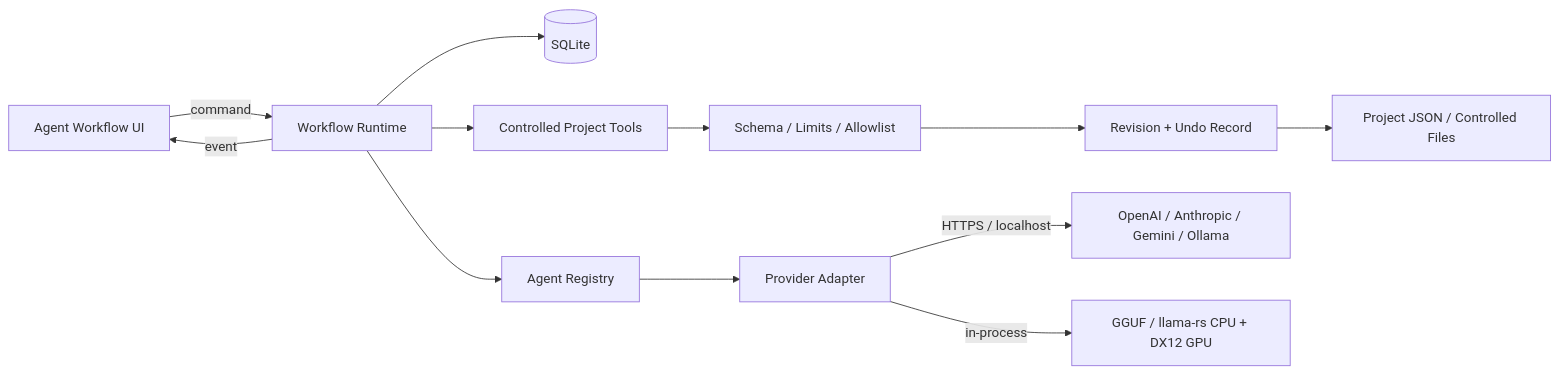
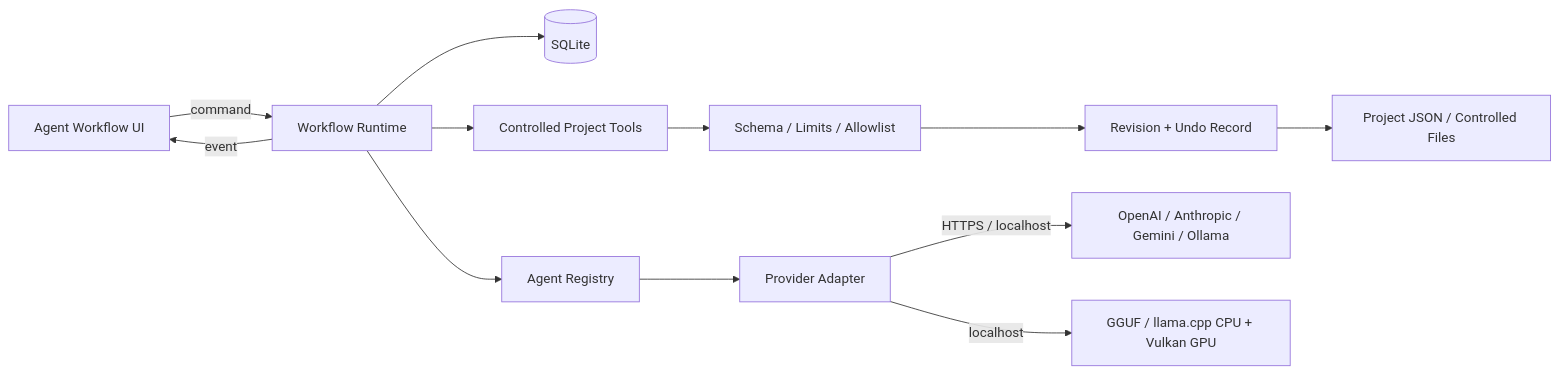
Before and after one commit to hadesgo/KnowMotion-AI-Studio: the first of 2 diagrams in docs/AGENT_WORKFLOW.md, drawn with Mermaid. The commit also changed other lines of this file and 17 other files, not shown here.

````diff
--- a/docs/AGENT_WORKFLOW.md
+++ b/docs/AGENT_WORKFLOW.md
@@ -7,14 +7,14 @@
 ```mermaid
 flowchart LR
     UI[Agent Workflow UI] -->|"command"| Runtime[Workflow Runtime]
     Runtime --> DB[(SQLite)]
     Runtime --> Registry[Agent Registry]
     Registry --> Provider[Provider Adapter]
     Runtime --> Tools[Controlled Project Tools]
     Tools --> Validation[Schema / Limits / Allowlist]
     Validation --> Revision[Revision + Undo Record]
     Revision --> FS[Project JSON / Controlled Files]
     Runtime -->|"event"| UI
     Provider -->|"HTTPS / localhost"| LLM[OpenAI / Anthropic / Gemini / Ollama]
-    Provider -->|"in-process"| GGUF[GGUF / llama-rs CPU + DX12 GPU]
+    Provider -->|"localhost"| GGUF[GGUF / llama.cpp CPU + Vulkan GPU]
 ```
````
